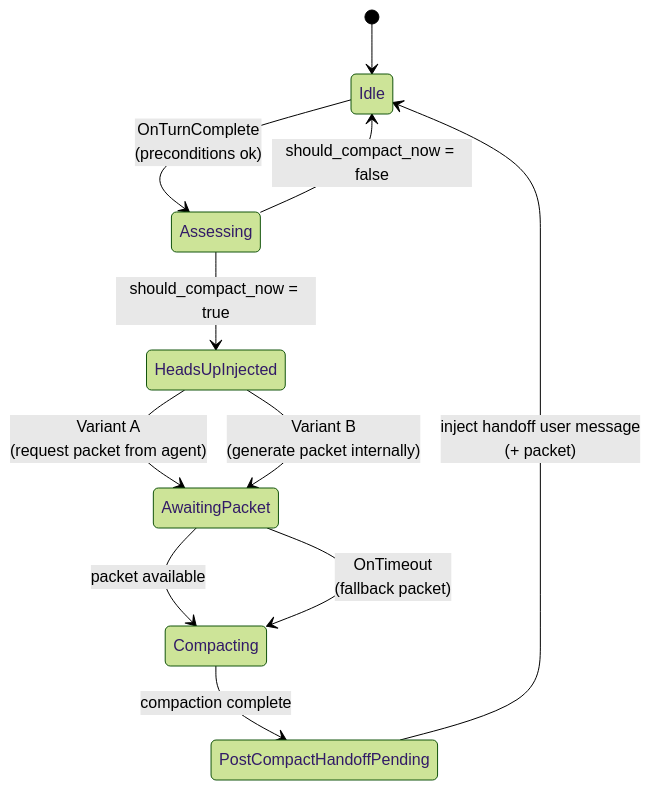
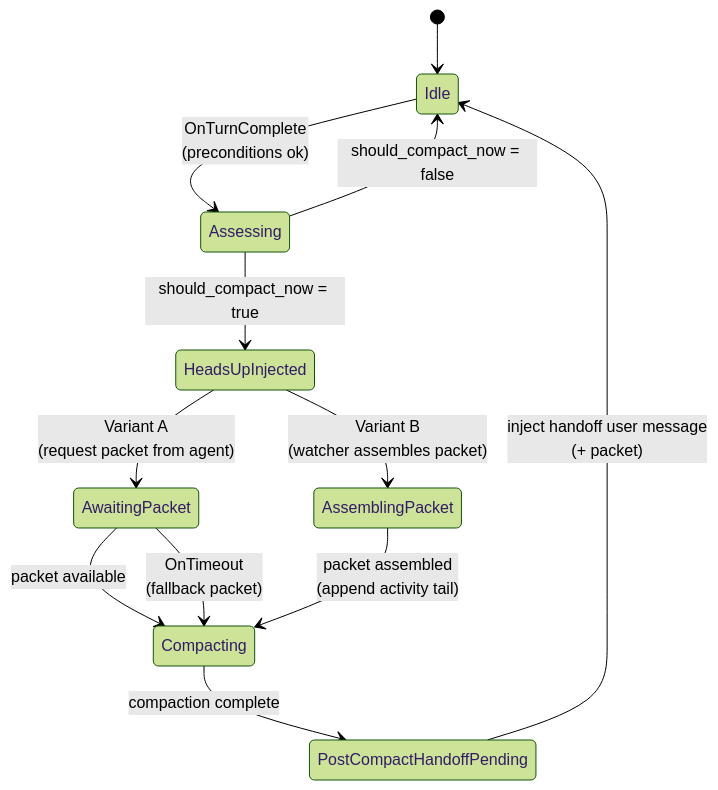
One commit to rawr-ai/codex changed the second of 3 diagrams in rawr/issues/SPEC-rawr-auto-compaction-golden-path-ux.md. Above: the diagram before and after it, drawn with Mermaid (forest theme). The commit also changed other lines of this file, not shown here.

Commit message:
docs(rawr): expand Variant B packet assembly requirements

````diff
--- a/rawr/issues/SPEC-rawr-auto-compaction-golden-path-ux.md
+++ b/rawr/issues/SPEC-rawr-auto-compaction-golden-path-ux.md
@@ -241,17 +285,18 @@
 ```mermaid
 stateDiagram-v2
   [*] --> Idle
 
   Idle --> Assessing: OnTurnComplete<br/>(preconditions ok)
   Assessing --> Idle: should_compact_now = false
   Assessing --> HeadsUpInjected: should_compact_now = true
 
   HeadsUpInjected --> AwaitingPacket: Variant A<br/>(request packet from agent)
-  HeadsUpInjected --> AwaitingPacket: Variant B<br/>(generate packet internally)
+  HeadsUpInjected --> AssemblingPacket: Variant B<br/>(watcher assembles packet)
 
   AwaitingPacket --> Compacting: packet available
   AwaitingPacket --> Compacting: OnTimeout<br/>(fallback packet)
+  AssemblingPacket --> Compacting: packet assembled<br/>(append activity tail)
 
   Compacting --> PostCompactHandoffPending: compaction complete
   PostCompactHandoffPending --> Idle: inject handoff user message<br/>(+ packet)
 ```
````
